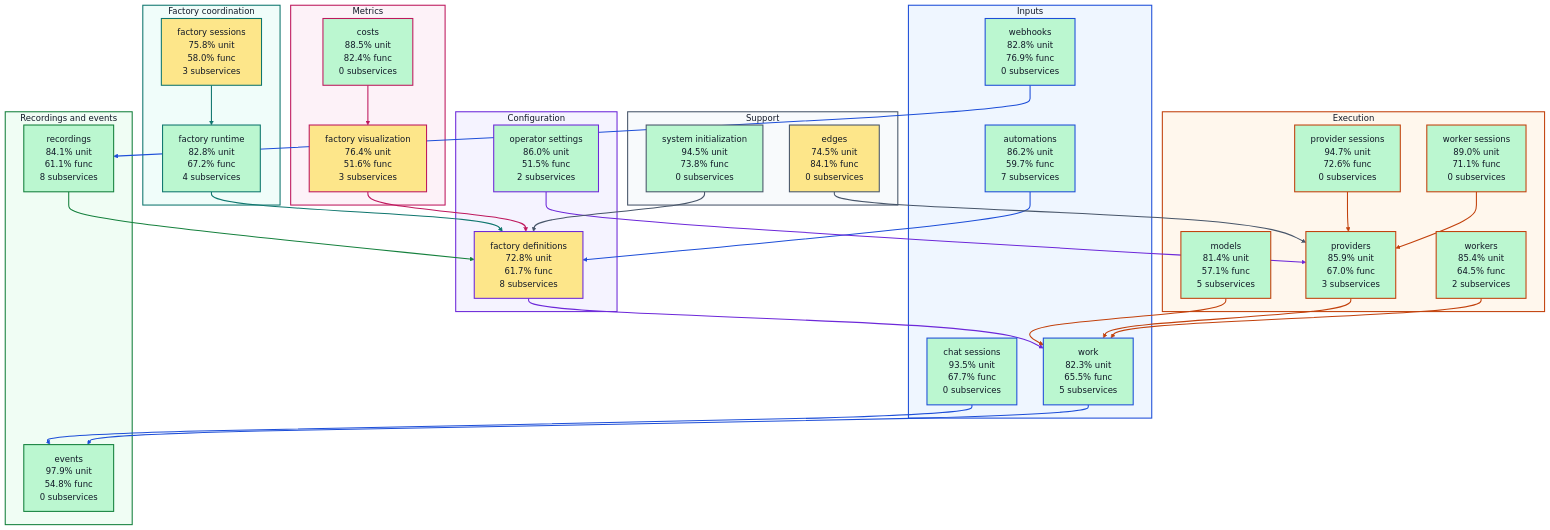
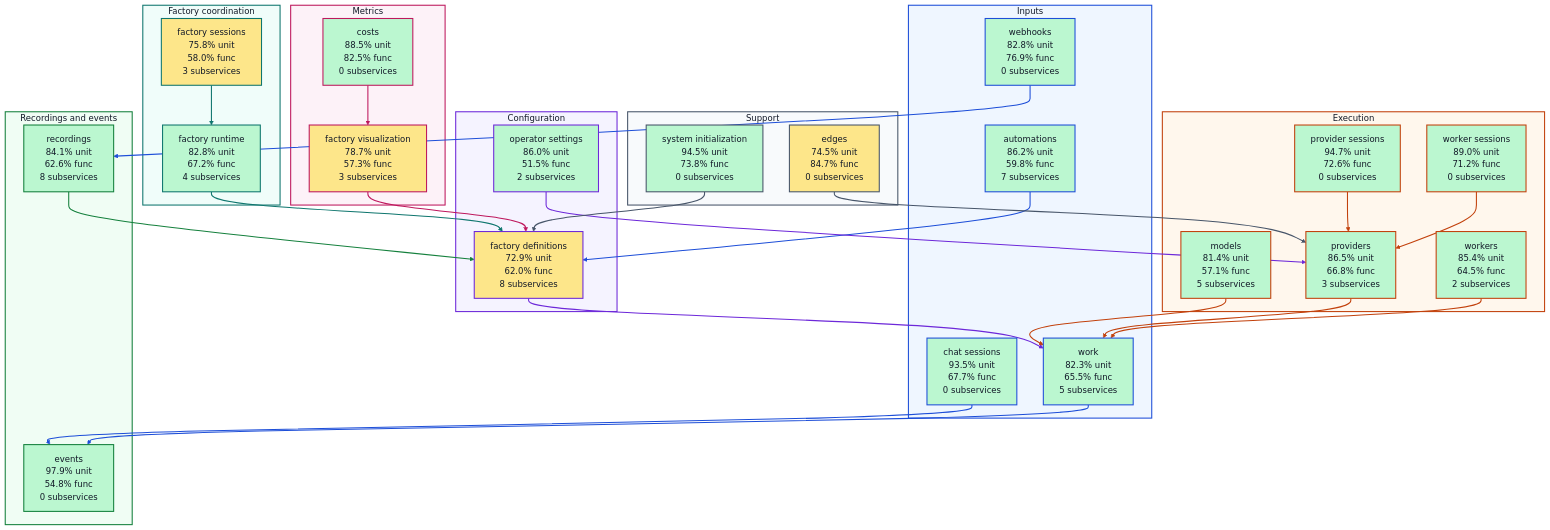
The diagram in docs/architecture/visualizations/high-level-test-coverage.md (portpowered/you-agent-factory), drawn with Mermaid before and after one commit. The commit also changed other lines of this file and 20 other files, not shown here.

Commit message:
docs: refresh backend architecture visualizations

````diff
--- a/docs/architecture/visualizations/high-level-test-coverage.md
+++ b/docs/architecture/visualizations/high-level-test-coverage.md
@@ -11,13 +11,13 @@
 ```mermaid
 flowchart TB
   subgraph input["Inputs"]
-    s_services_automations["automations<br/>86.2% unit<br/>59.7% func<br/>7 subservices"]
+    s_services_automations["automations<br/>86.2% unit<br/>59.8% func<br/>7 subservices"]
     s_services_chat_sessions["chat sessions<br/>93.5% unit<br/>67.7% func<br/>0 subservices"]
     s_services_webhooks["webhooks<br/>82.8% unit<br/>76.9% func<br/>0 subservices"]
     s_services_work["work<br/>82.3% unit<br/>65.5% func<br/>5 subservices"]
   end
   subgraph configuration["Configuration"]
-    s_services_factory_definitions["factory definitions<br/>72.8% unit<br/>61.7% func<br/>8 subservices"]
+    s_services_factory_definitions["factory definitions<br/>72.9% unit<br/>62.0% func<br/>8 subservices"]
     s_services_operator_settings["operator settings<br/>86.0% unit<br/>51.5% func<br/>2 subservices"]
   end
   subgraph coordination["Factory coordination"]
@@ -27,20 +27,20 @@
   subgraph execution["Execution"]
     s_services_models["models<br/>81.4% unit<br/>57.1% func<br/>5 subservices"]
     s_services_provider_sessions["provider sessions<br/>94.7% unit<br/>72.6% func<br/>0 subservices"]
-    s_services_providers["providers<br/>85.9% unit<br/>67.0% func<br/>3 subservices"]
-    s_services_worker_sessions["worker sessions<br/>89.0% unit<br/>71.1% func<br/>0 subservices"]
+    s_services_providers["providers<br/>86.5% unit<br/>66.8% func<br/>3 subservices"]
+    s_services_worker_sessions["worker sessions<br/>89.0% unit<br/>71.2% func<br/>0 subservices"]
     s_services_workers["workers<br/>85.4% unit<br/>64.5% func<br/>2 subservices"]
   end
   subgraph recordings["Recordings and events"]
     s_services_events["events<br/>97.9% unit<br/>54.8% func<br/>0 subservices"]
-    s_services_recordings["recordings<br/>84.1% unit<br/>61.1% func<br/>8 subservices"]
+    s_services_recordings["recordings<br/>84.1% unit<br/>62.6% func<br/>8 subservices"]
   end
   subgraph metrics["Metrics"]
-    s_services_costs["costs<br/>88.5% unit<br/>82.4% func<br/>0 subservices"]
-    s_services_factory_visualization["factory visualization<br/>76.4% unit<br/>51.6% func<br/>3 subservices"]
+    s_services_costs["costs<br/>88.5% unit<br/>82.5% func<br/>0 subservices"]
+    s_services_factory_visualization["factory visualization<br/>78.7% unit<br/>57.3% func<br/>3 subservices"]
   end
   subgraph support["Support"]
-    s_services_edges["edges<br/>74.5% unit<br/>84.1% func<br/>0 subservices"]
+    s_services_edges["edges<br/>74.5% unit<br/>84.7% func<br/>0 subservices"]
     s_services_system_initialization["system initialization<br/>94.5% unit<br/>73.8% func<br/>0 subservices"]
   end
   s_services_automations --> s_services_factory_definitions
````
